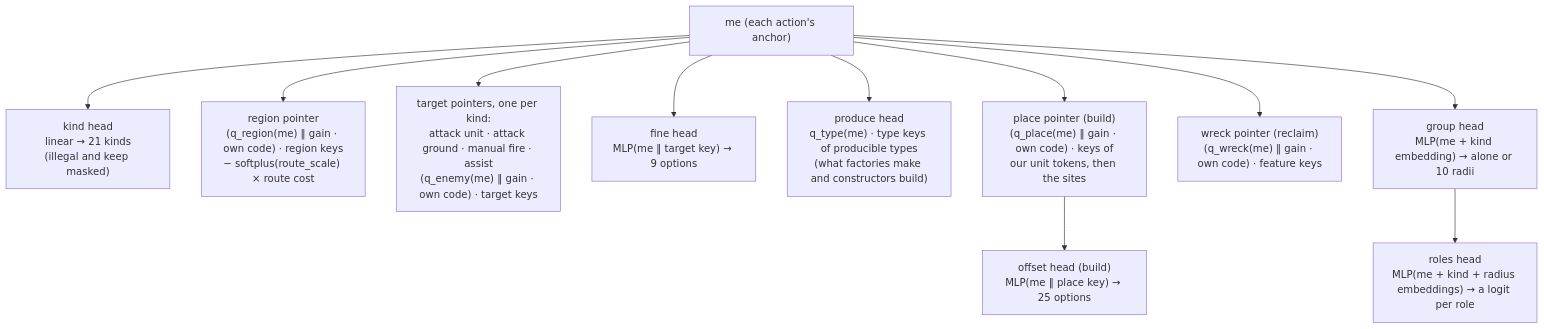
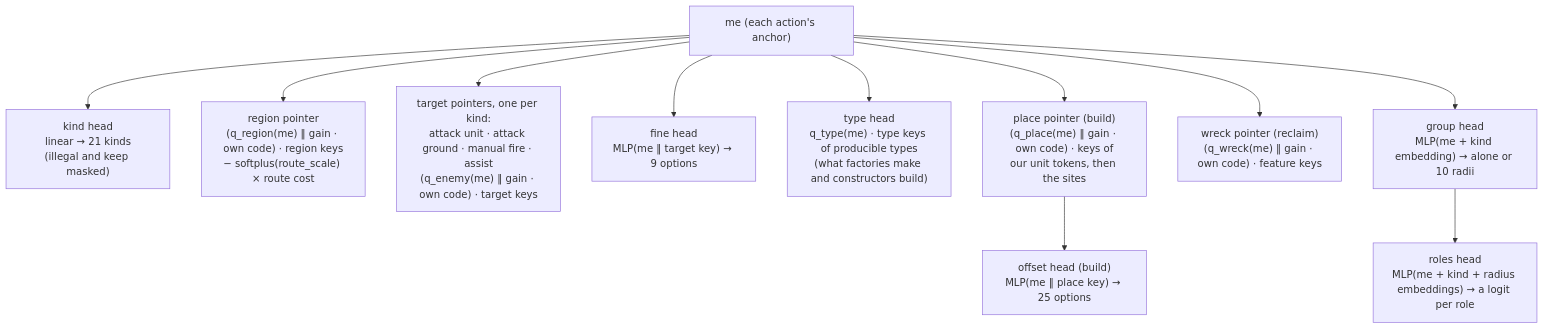
Before and after one commit to pts1667/zk-ArenaAI: the seventh of 11 diagrams in docs/model.md, drawn with Mermaid. The commit also changed other lines of this file and 39 other files, not shown here.

````diff
--- a/docs/model.md
+++ b/docs/model.md
@@ -252,25 +279,25 @@
 ```mermaid
 flowchart TB
     ME["me (each action's anchor)"]
     K["kind head<br/>linear → 21 kinds<br/>(illegal and keep masked)"]
     RG["region pointer<br/>(q_region(me) ‖ gain · own code) · region keys<br/>− softplus(route_scale) × route cost"]
     EN["target pointers, one per kind:<br/>attack unit · attack ground · manual fire · assist<br/>(q_enemy(me) ‖ gain · own code) · target keys"]
     FI["fine head<br/>MLP(me ‖ target key) → 9 options"]
-    PR["produce head<br/>q_type(me) · type keys of producible types<br/>(what factories make and constructors build)"]
+    PR["type head<br/>q_type(me) · type keys of producible types<br/>(what factories make and constructors build)"]
     PL["place pointer (build)<br/>(q_place(me) ‖ gain · own code) · keys of<br/>our unit tokens, then the sites"]
     OF["offset head (build)<br/>MLP(me ‖ place key) → 25 options"]
     WR["wreck pointer (reclaim)<br/>(q_wreck(me) ‖ gain · own code) · feature keys"]
     GR["group head<br/>MLP(me + kind embedding) → alone or 10 radii"]
     RO["roles head<br/>MLP(me + kind + radius embeddings) → a logit per role"]
 
     ME --> K
     ME --> RG
     ME --> EN
     ME --> FI
     ME --> PR
     ME --> PL
     PL --> OF
     ME --> WR
     ME --> GR
     GR --> RO
 ```
````
